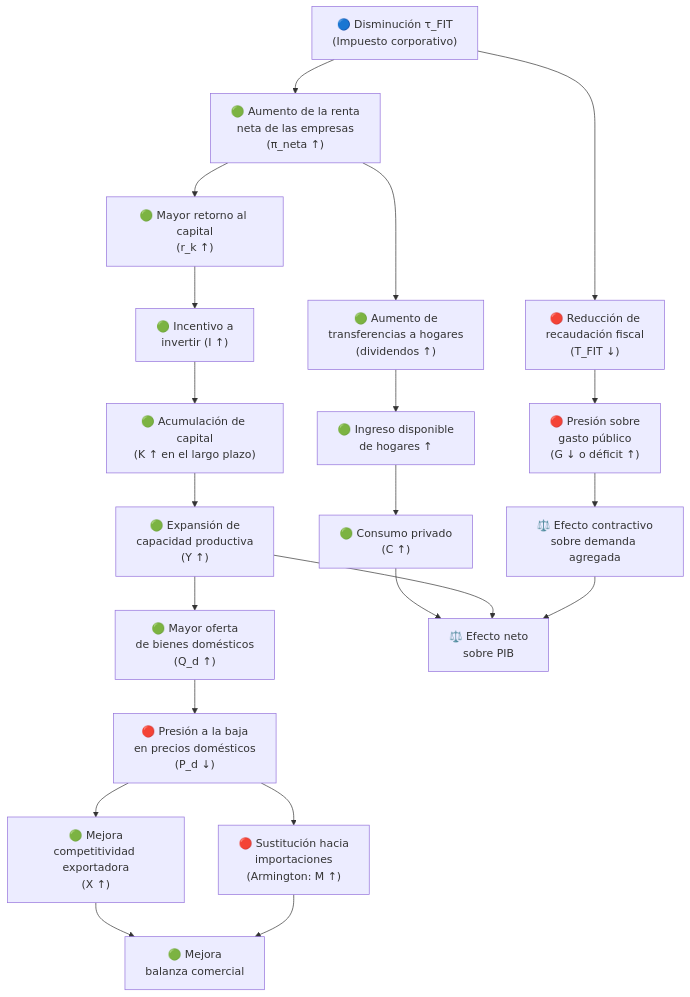
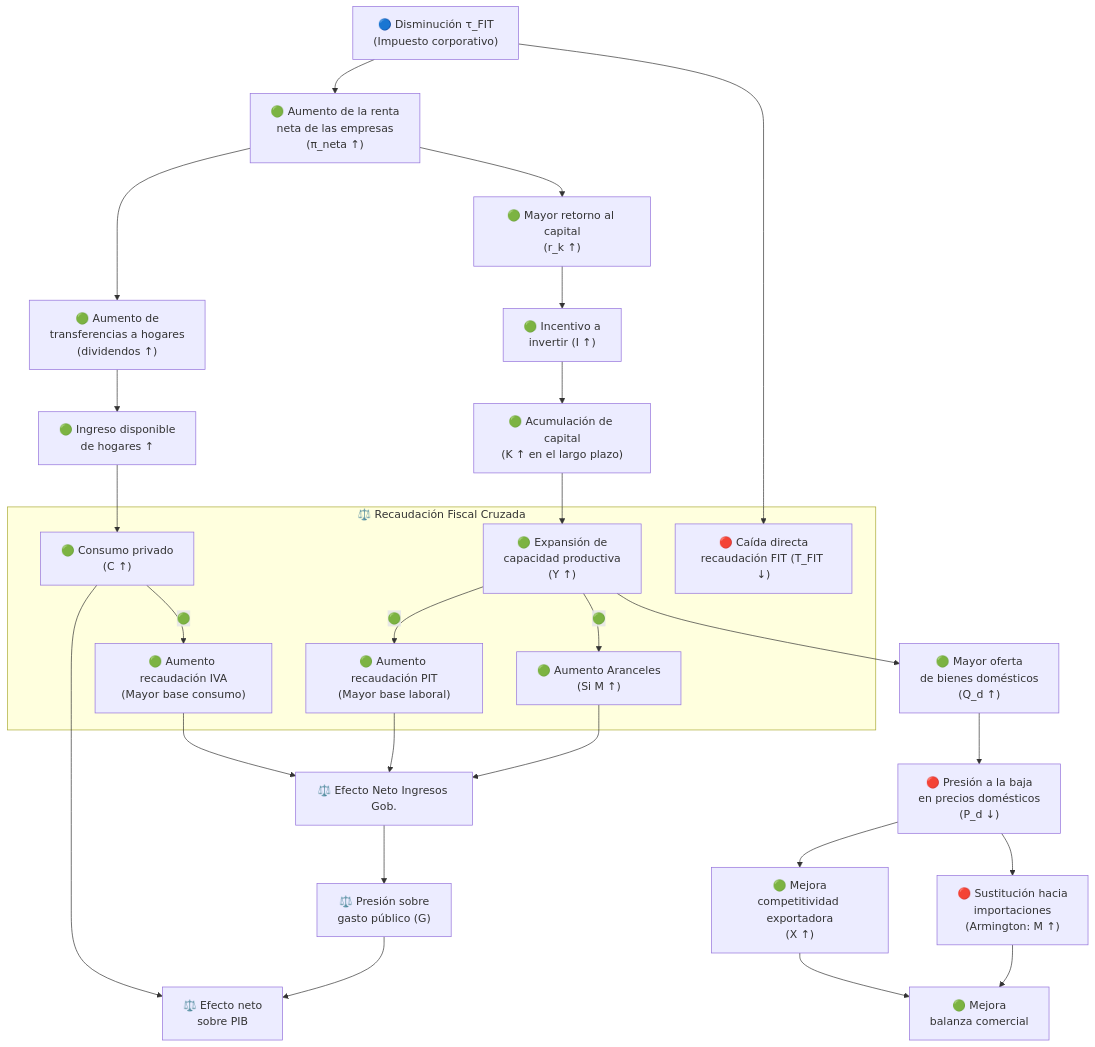
One commit to fcohenriquez/eq_general changed the first of 3 diagrams in documentacion/esquemas_transmision_politicas.md. Above: the diagram before and after it, drawn with Mermaid. The commit also changed other lines of this file and 4 other files, not shown here.

````diff
--- a/documentacion/esquemas_transmision_politicas.md
+++ b/documentacion/esquemas_transmision_politicas.md
@@ -21,31 +22,38 @@
 ```mermaid
 flowchart TD
     A["🔵 Disminución τ_FIT\n(Impuesto corporativo)"]
 
     A --> B["🟢 Aumento de la renta\nneta de las empresas\n(π_neta ↑)"]
     B --> C["🟢 Aumento de\ntransferencias a hogares\n(dividendos ↑)"]
     B --> D["🟢 Mayor retorno al capital\n(r_k ↑)"]
 
     D --> E["🟢 Incentivo a\ninvertir (I ↑)"]
     E --> F["🟢 Acumulación de capital\n(K ↑ en el largo plazo)"]
     F --> G["🟢 Expansión de\ncapacidad productiva\n(Y ↑)"]
 
     C --> H["🟢 Ingreso disponible\nde hogares ↑"]
     H --> I["🟢 Consumo privado\n(C ↑)"]
 
     G --> J["🟢 Mayor oferta\nde bienes domésticos\n(Q_d ↑)"]
     J --> K["🔴 Presión a la baja\nen precios domésticos\n(P_d ↓)"]
     K --> L["🟢 Mejora\ncompetitividad exportadora\n(X ↑)"]
     K --> M["🔴 Sustitución hacia\nimportaciones\n(Armington: M ↑)"]
 
     L --> N["🟢 Mejora\nbalanza comercial"]
     M --> N
 
-    A --> O["🔴 Reducción de\nrecaudación fiscal\n(T_FIT ↓)"]
-    O --> P["🔴 Presión sobre\ngasto público\n(G ↓ o déficit ↑)"]
-    P --> Q["⚖️ Efecto contractivo\nsobre demanda agregada"]
+    A --> O["🔴 Caída directa\nrecaudación FIT (T_FIT ↓)"]
+    
+    subgraph Recaudacion["⚖️ Recaudación Fiscal Cruzada"]
+        O
+        I -- "🟢" --> T_IVA["🟢 Aumento recaudación IVA\n(Mayor base consumo)"]
+        G -- "🟢" --> T_PIT["🟢 Aumento recaudación PIT\n(Mayor base laboral)"]
+        G -- "🟢" --> T_TAR["🟢 Aumento Aranceles\n(Si M ↑)"]
+    end
 
+    T_IVA & T_PIT & T_TAR --> P["⚖️ Efecto Neto Ingresos Gob."]
+    P --> Q["⚖️ Presión sobre\ngasto público (G)"]
+    
     I --> R["⚖️ Efecto neto\nsobre PIB"]
-    G --> R
     Q --> R
 ```
````
